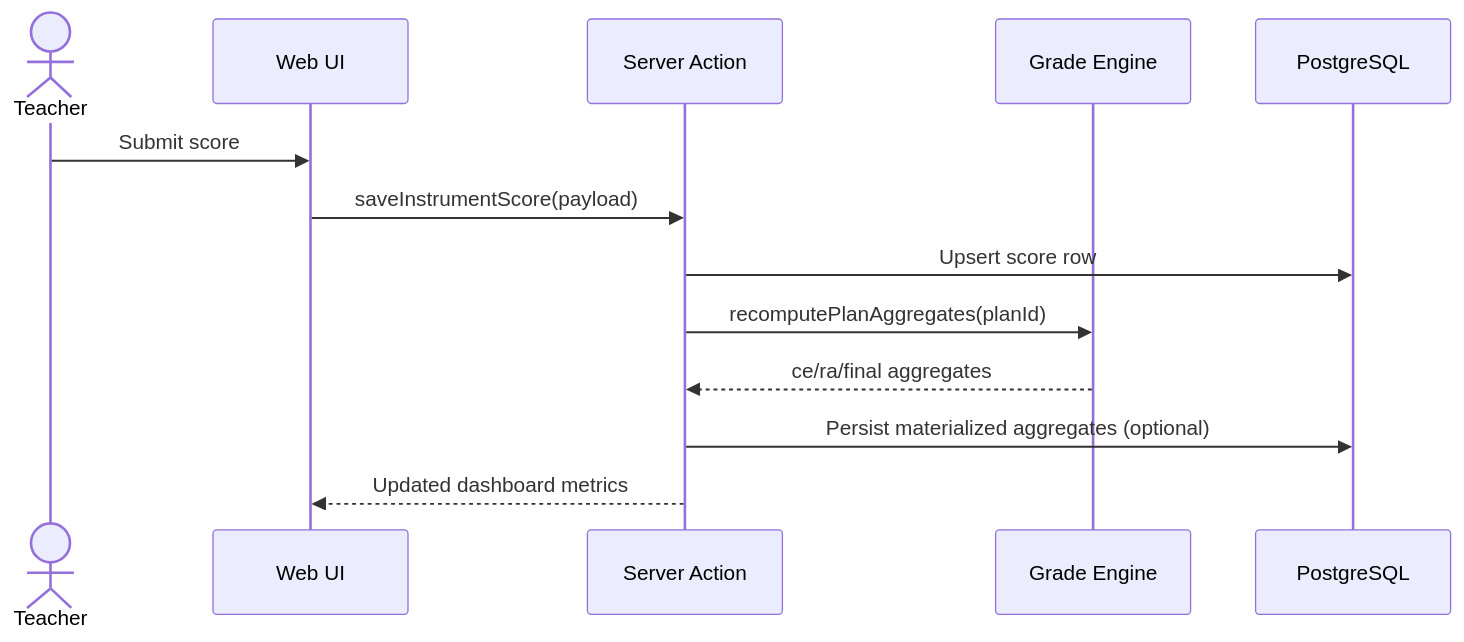
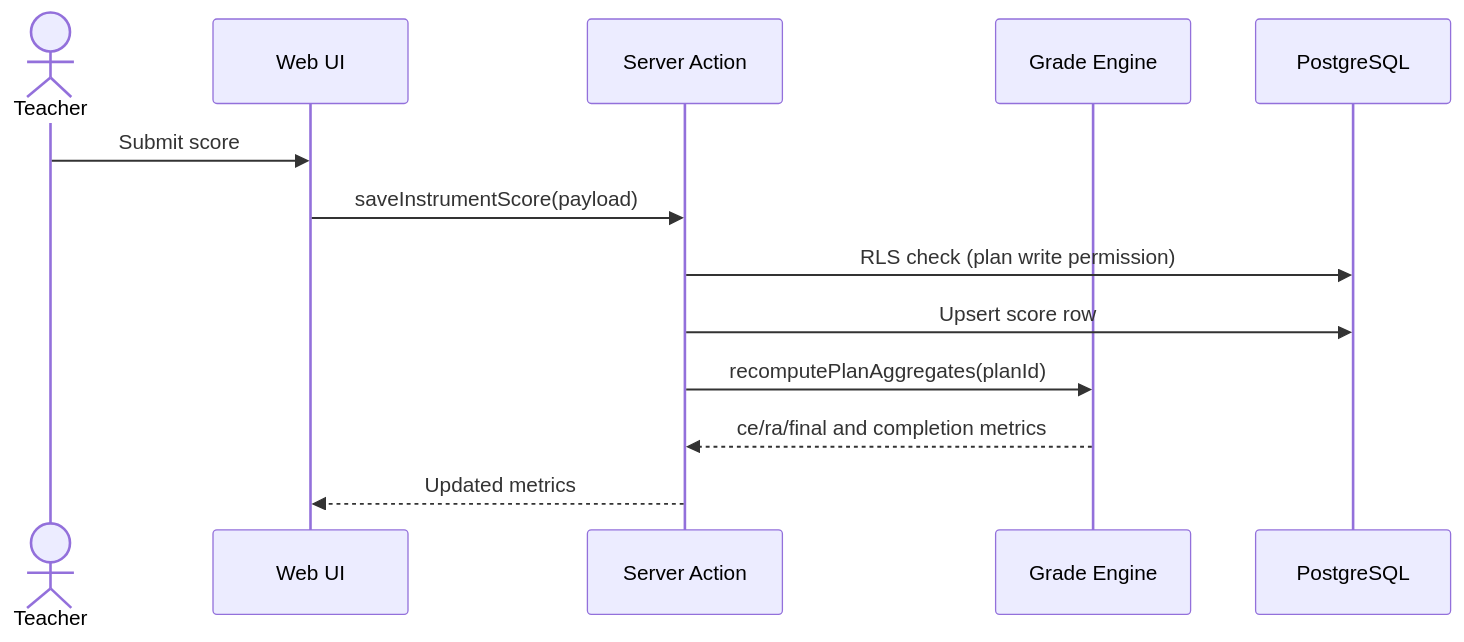
Before and after one commit to smontes-profe/program-planner: the fourth of 4 diagrams in docs/ARCHITECTURE.md, drawn with Mermaid. The commit also changed other lines of this file and 5 other files, not shown here.

````diff
--- a/docs/ARCHITECTURE.md
+++ b/docs/ARCHITECTURE.md
@@ -177,16 +221,16 @@
 ```mermaid
 sequenceDiagram
-    actor T as Teacher
+    actor U as Teacher
     participant UI as Web UI
     participant SA as Server Action
     participant GE as Grade Engine
     participant DB as PostgreSQL
 
-    T->>UI: Submit score
+    U->>UI: Submit score
     UI->>SA: saveInstrumentScore(payload)
+    SA->>DB: RLS check (plan write permission)
     SA->>DB: Upsert score row
     SA->>GE: recomputePlanAggregates(planId)
-    GE-->>SA: ce/ra/final aggregates
-    SA->>DB: Persist materialized aggregates (optional)
-    SA-->>UI: Updated dashboard metrics
+    GE-->>SA: ce/ra/final and completion metrics
+    SA-->>UI: Updated metrics
 ```
````
